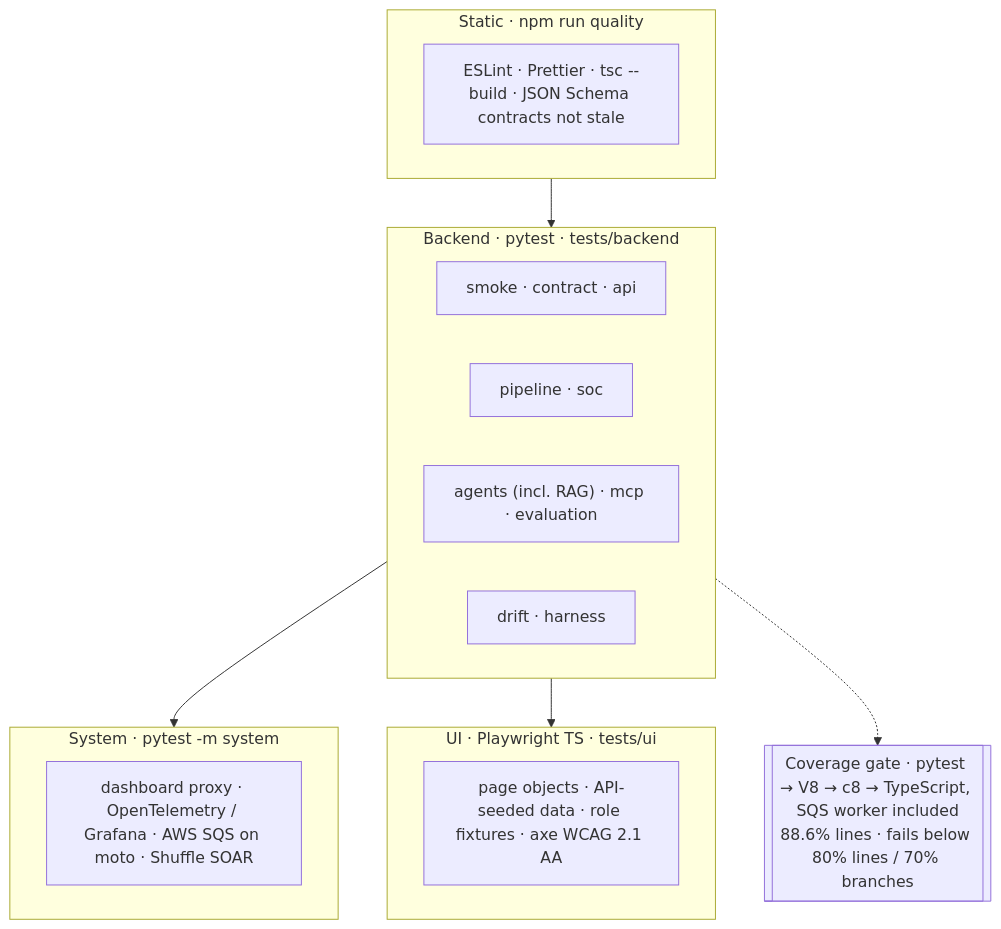
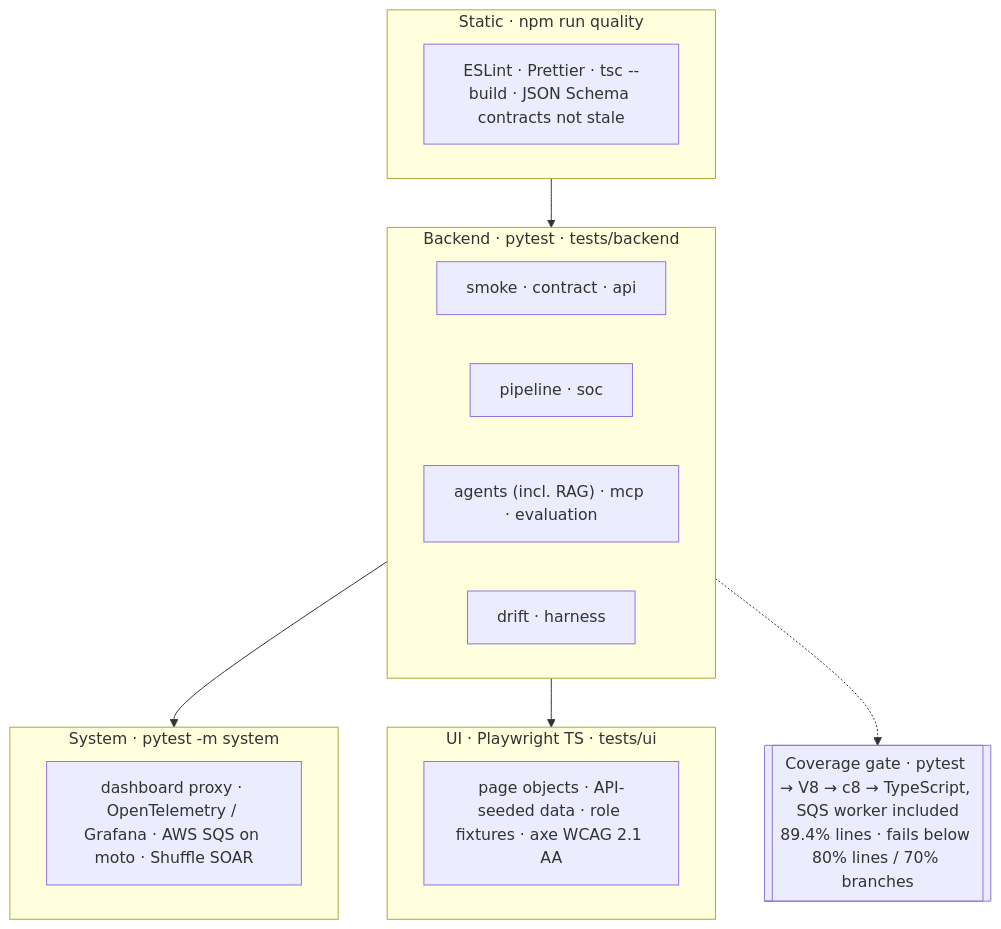
The first of 2 diagrams in README.md (rabinavidan/automation-failure-orchestrator), drawn with Mermaid before and after one commit. The commit also changed other lines of this file and 4 other files, not shown here.

First line of the commit message:
Architecture step 1: remove dead code and unused dependencies (#88)

````diff
--- a/README.md
+++ b/README.md
@@ -78,23 +78,23 @@
 ```mermaid
 flowchart TB
     subgraph L0["Static · npm run quality"]
         S["ESLint · Prettier · tsc --build · JSON Schema contracts not stale"]
     end
     subgraph L1["Backend · pytest · tests/backend"]
         direction LR
         B1["smoke · contract · api"]
         B2["pipeline · soc"]
         B3["agents (incl. RAG) · mcp · evaluation"]
         B4["drift · harness"]
     end
     subgraph L2["System · pytest -m system"]
         SY["dashboard proxy · OpenTelemetry / Grafana · AWS SQS on moto · Shuffle SOAR"]
     end
     subgraph L3["UI · Playwright TS · tests/ui"]
         U["page objects · API-seeded data · role fixtures · axe WCAG 2.1 AA"]
     end
-    COV[["Coverage gate · pytest → V8 → c8 → TypeScript, SQS worker included<br/>88.6% lines · fails below 80% lines / 70% branches"]]
+    COV[["Coverage gate · pytest → V8 → c8 → TypeScript, SQS worker included<br/>89.4% lines · fails below 80% lines / 70% branches"]]
     L0 --> L1 --> L2
     L1 --> L3
     L1 -.-> COV
 ```
````
